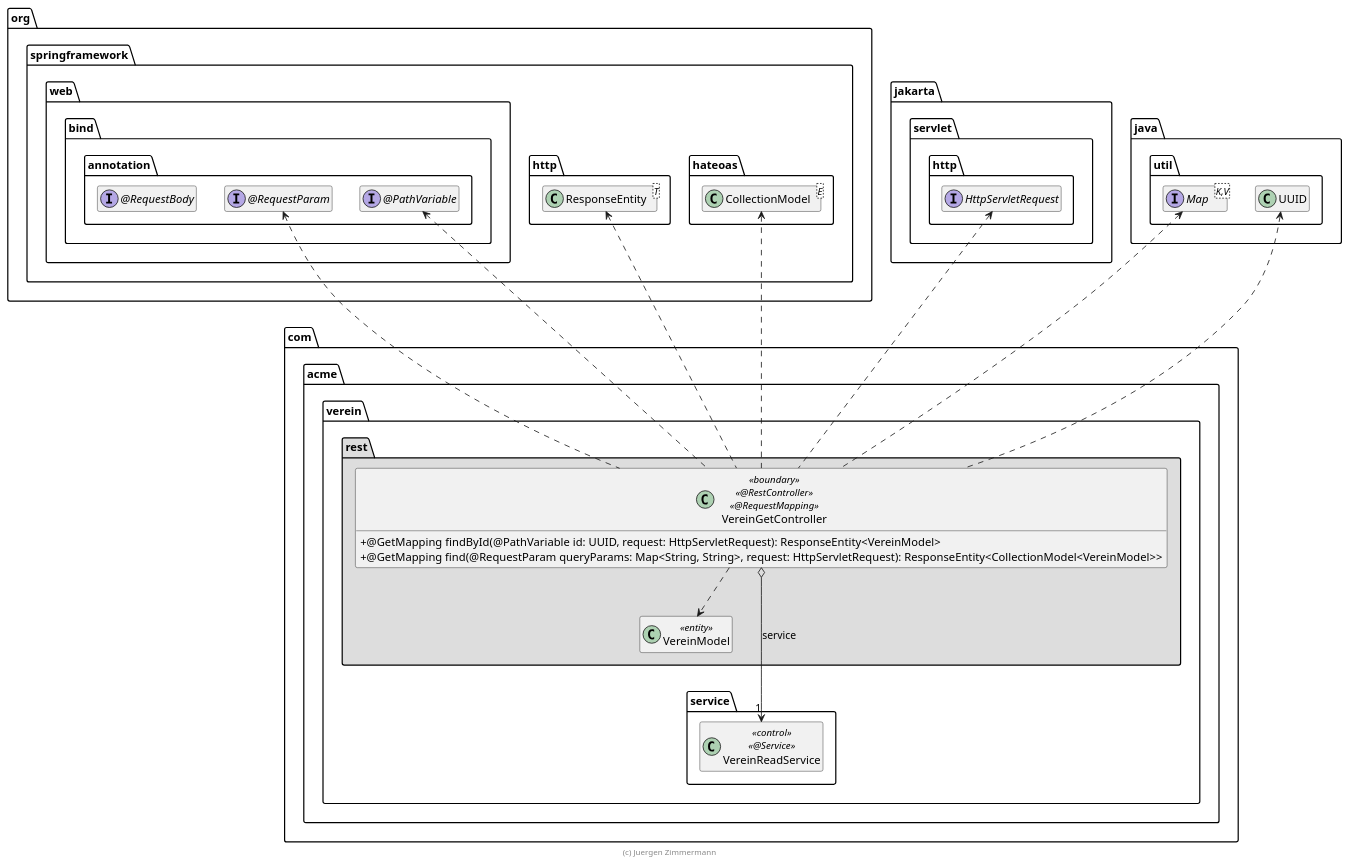
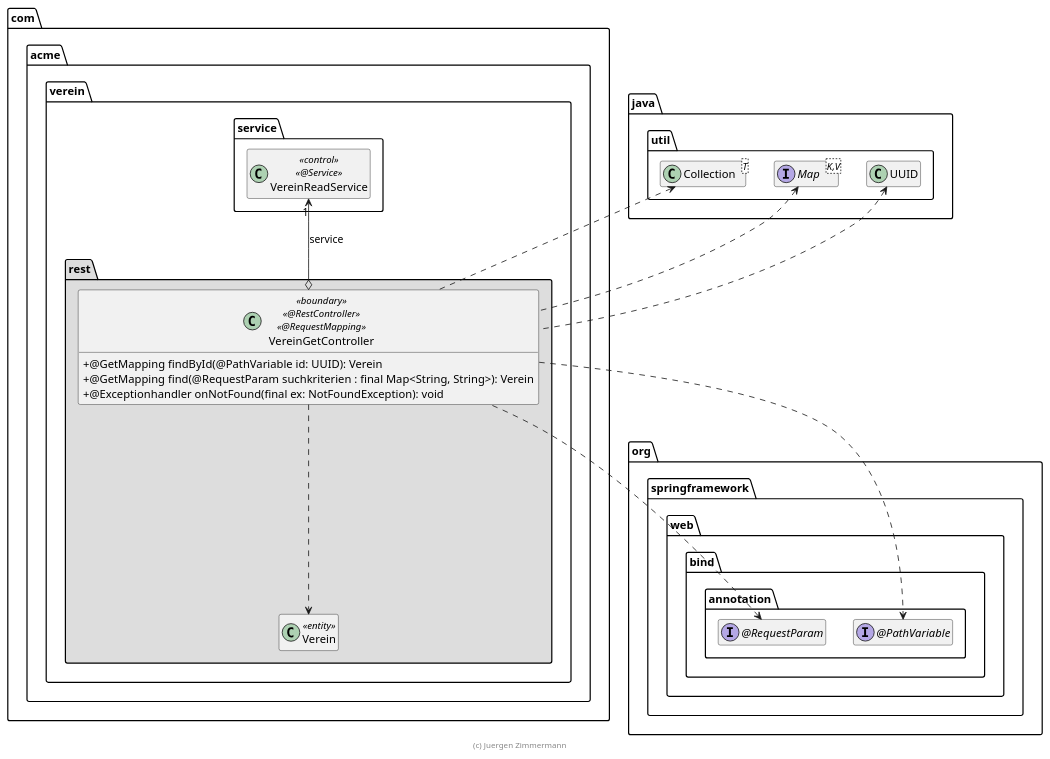
One commit to vinpuch/verein-v2 changed the diagram in extras/doc/VereinGetController.plantuml. Above: the diagram before and after it, drawn with PlantUML. The commit also changed 10 other files, not shown here.

```diff
--- a/extras/doc/VereinGetController.plantuml
+++ b/extras/doc/VereinGetController.plantuml
@@ -15,64 +15,50 @@
 @startuml VereinGetController
 
 skinparam classAttributeIconSize 0
 
 package org.springframework {
     package web.bind.annotation {
         interface "@PathVariable" as PathVariable
 
         interface "@RequestParam" as RequestParam
-
-        interface "@RequestBody" as RequestBody
     }
-
-    package http {
-        class ResponseEntity<T>
-    }
-    package hateoas {
-        class CollectionModel<E>
-    }
-}
-
-package jakarta.servlet.http {
-    interface HttpServletRequest
 }
 
 package java.util {
     interface Map<K,V>
     class UUID
+    class Collection<T>
 }
 
 package com.acme.verein {
     package service {
         class VereinReadService << control >> << @Service >>
     }
 
     package rest #DDDDDD {
-        class VereinModel <<entity>>
+      class Verein <<entity>>
 
         class VereinGetController << boundary >> << @RestController >> << @RequestMapping >> {
-            + @GetMapping findById(@PathVariable id: UUID, request: HttpServletRequest): ResponseEntity<VereinModel>
-            + @GetMapping find(@RequestParam queryParams: Map<String, String>, request: HttpServletRequest): ResponseEntity<CollectionModel<VereinModel>>
+            + @GetMapping findById(@PathVariable id: UUID): Verein
+            + @GetMapping find(@RequestParam suchkriterien : final Map<String, String>): Verein
+            + @Exceptionhandler onNotFound(final ex: NotFoundException): void
         }
 
-        VereinGetController o-right-> "1" VereinReadService : service
-        VereinGetController ..> VereinModel
-
-        VereinGetController .up.> ResponseEntity
-        VereinGetController .up.> CollectionModel
-        VereinGetController .up.> HttpServletRequest
-        VereinGetController .up.> PathVariable
+        VereinGetController o-up-> "1" VereinReadService : service
+        VereinGetController ..> Verein
+        VereinGetController .down.> PathVariable
         VereinGetController .up.> RequestParam
 
         VereinGetController .up.> UUID
         VereinGetController .up.> Map
+        VereinGetController .up.> Collection
 
-        VereinModel .[hidden].> VereinReadService
+
     }
 }
 
 hide empty members
 
 footer (c) Juergen Zimmermann
 
 @enduml
```
